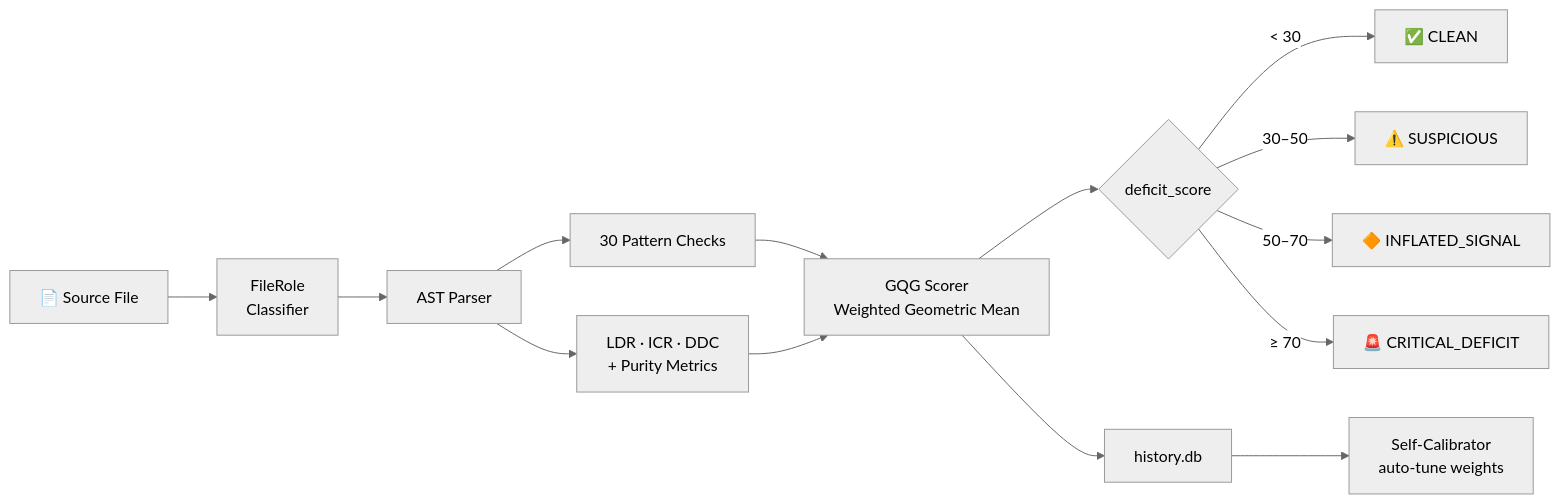
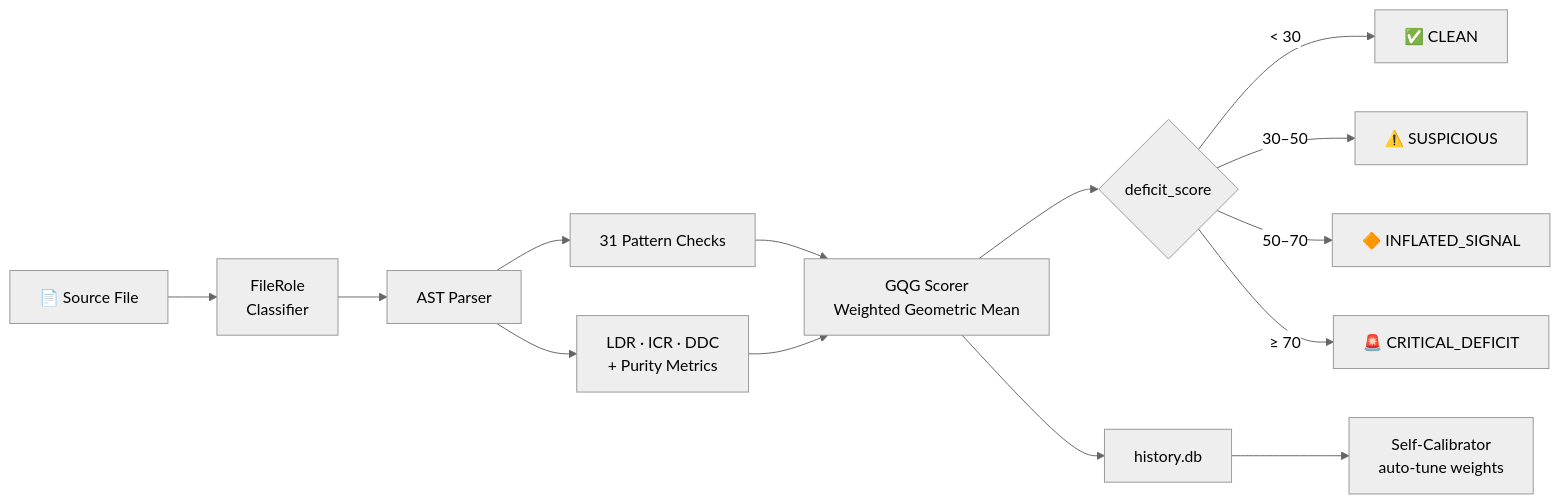
The diagram in README.md (flamehaven01/AI-SLOP-Detector), drawn with Mermaid (neutral theme) before and after one commit. The commit also changed other lines of this file and 9 other files, not shown here.

````diff
--- a/README.md
+++ b/README.md
@@ -276,16 +276,16 @@
 ```mermaid
 flowchart LR
     A[📄 Source File] --> R[FileRole\nClassifier]
     R --> B[AST Parser]
-    B --> C[30 Pattern Checks]
+    B --> C[31 Pattern Checks]
     B --> D[LDR · ICR · DDC\n+ Purity Metrics]
     C --> E[GQG Scorer\nWeighted Geometric Mean]
     D --> E
     E --> F{deficit_score}
     F -->|< 30| G[✅ CLEAN]
     F -->|30–50| H[⚠️ SUSPICIOUS]
     F -->|50–70| I[🔶 INFLATED_SIGNAL]
     F -->|≥ 70| J[🚨 CRITICAL_DEFICIT]
     E --> H2[history.db]
     H2 --> K[Self-Calibrator\nauto-tune weights]
 ```
````
